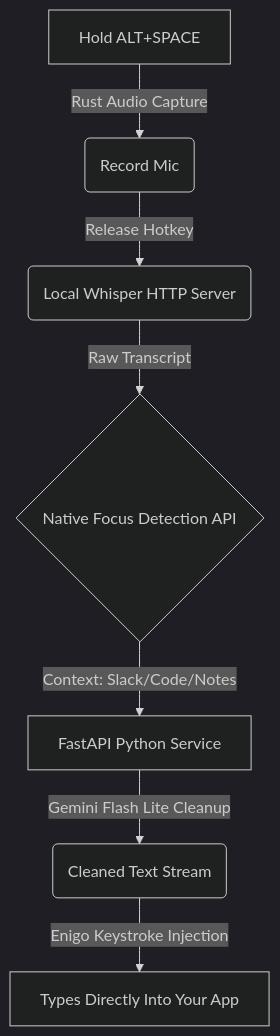
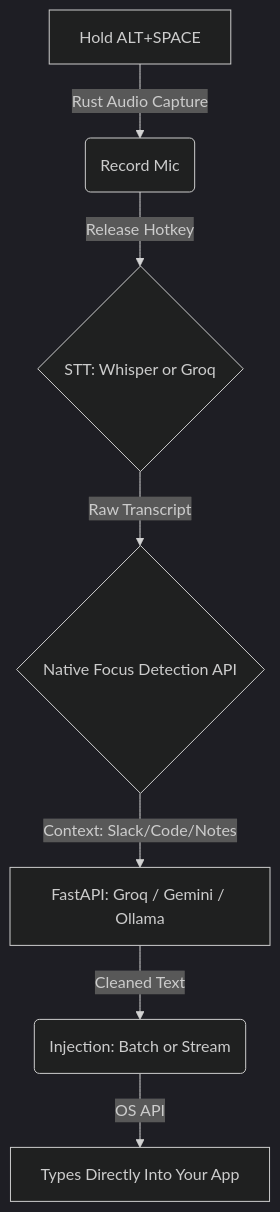
One commit to subhojeet-chowdhury/SpeakType changed the diagram in README.md. Above: the diagram before and after it, drawn with Mermaid (dark theme). The commit also changed other lines of this file and 1 other file, not shown here.

````diff
--- a/README.md
+++ b/README.md
@@ -38,9 +38,9 @@
 ```mermaid
 graph TD
     A[Hold ALT+SPACE] -->|Rust Audio Capture| B(Record Mic)
-    B -->|Release Hotkey| C(Local Whisper HTTP Server)
+    B -->|Release Hotkey| C{STT: Whisper or Groq}
     C -->|Raw Transcript| D{Native Focus Detection API}
-    D -->|Context: Slack/Code/Notes| E[FastAPI Python Service]
-    E -->|Gemini Flash Lite Cleanup| F(Cleaned Text Stream)
-    F -->|Enigo Keystroke Injection| G[Types Directly Into Your App]
+    D -->|Context: Slack/Code/Notes| E[FastAPI: Groq / Gemini / Ollama]
+    E -->|Cleaned Text| F(Injection: Batch or Stream)
+    F -->|OS API| G[Types Directly Into Your App]
 ```
````
